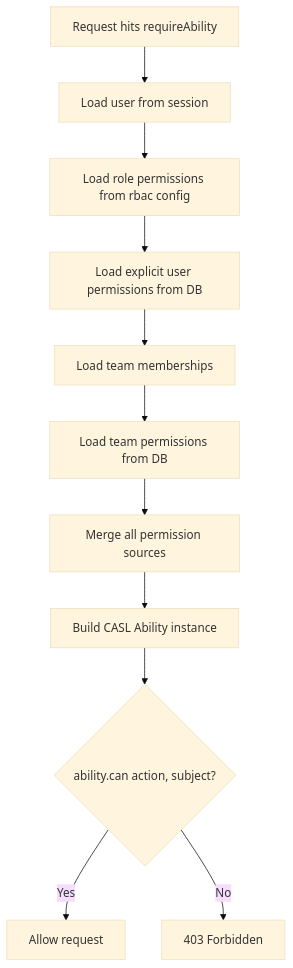
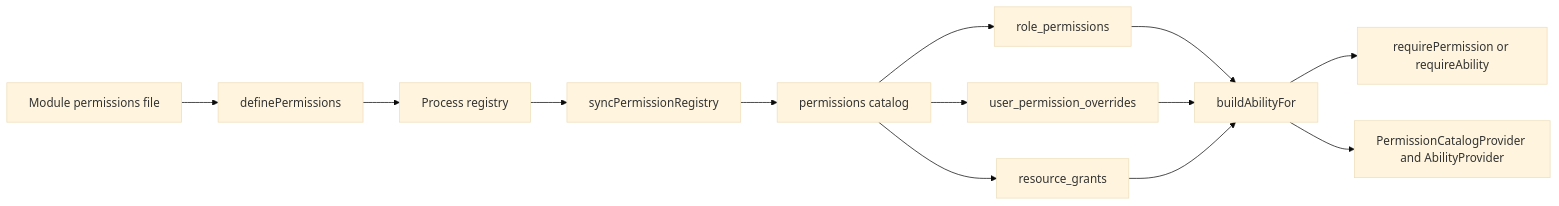
The diagram in docs/detail-design/auth/rbac-abac.md (b-knowledge-solution/b-knowledge), drawn with Mermaid (base theme) before and after one commit. The commit also changed other lines of this file and 391 other files, not shown here.

````diff
--- a/docs/detail-design/auth/rbac-abac.md
+++ b/docs/detail-design/auth/rbac-abac.md
@@ -60,13 +13,15 @@
 ```mermaid
-flowchart TD
-    A[Request hits requireAbility] --> B[Load user from session]
-    B --> C[Load role permissions from rbac config]
-    C --> D[Load explicit user permissions from DB]
-    D --> E[Load team memberships]
-    E --> F[Load team permissions from DB]
-    F --> G[Merge all permission sources]
-    G --> H[Build CASL Ability instance]
-    H --> I{ability.can action, subject?}
-    I -->|Yes| J[Allow request]
-    I -->|No| K[403 Forbidden]
+flowchart LR
+    A[Module permissions file] --> B[definePermissions]
+    B --> C[Process registry]
+    C --> D[syncPermissionRegistry]
+    D --> E[permissions catalog]
+    E --> F[role_permissions]
+    E --> G[user_permission_overrides]
+    E --> H[resource_grants]
+    F --> I[buildAbilityFor]
+    G --> I
+    H --> I
+    I --> J[requirePermission or requireAbility]
+    I --> K[PermissionCatalogProvider and AbilityProvider]
 ```
````
